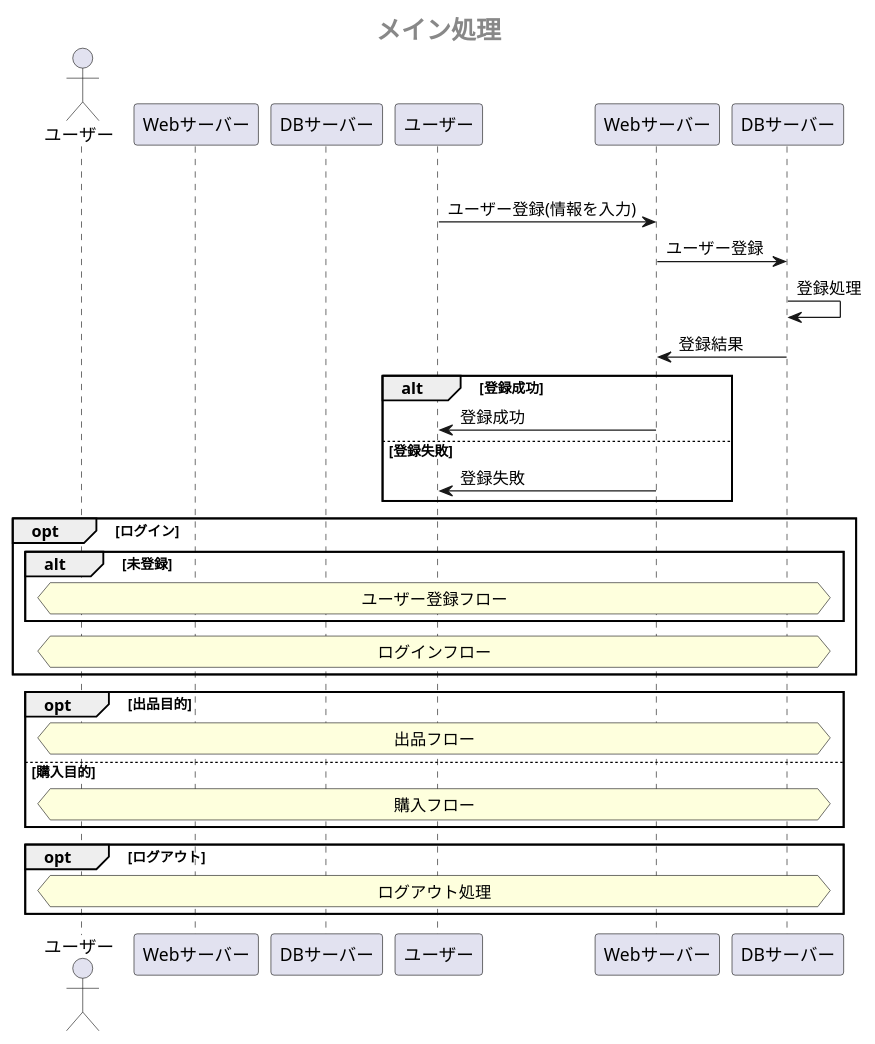
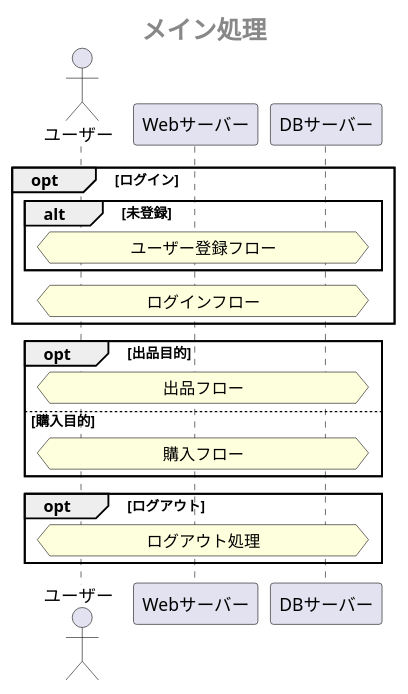
The first of 7 diagrams in 設計書/02_業務フロー/2021-12-22BusinessFlow.md (Aso2001385/NAISA), drawn with PlantUML before and after one commit.

````diff
--- a/設計書/02_業務フロー/2021-12-22BusinessFlow.md
+++ b/設計書/02_業務フロー/2021-12-22BusinessFlow.md
@@ -1,37 +1,25 @@
 ```uml 
 @startuml 
  center header <size:20><b>メイン処理</b></size>
  actor ユーザー as user
  participant Webサーバー as web
  participant DBサーバー as db
- 
- opt 未登録
- ユーザー -> Webサーバー : ユーザー登録(情報を入力)
- Webサーバー -> DBサーバー : ユーザー登録
- DBサーバー -> DBサーバー : 登録処理
- DBサーバー -> Webサーバー : 登録結果
-
- alt 登録成功
- Webサーバー -> ユーザー : 登録成功
- else 登録失敗
- Webサーバー -> ユーザー : 登録失敗
-end
 
  opt ログイン
   alt 未登録
   hnote across: ユーザー登録フロー
   end
   hnote across: ログインフロー
  end
  
  opt 出品目的
    hnote across: 出品フロー
  else 購入目的
    hnote across: 購入フロー
  end
  
  opt ログアウト
   hnote across: ログアウト処理
  end
 @enduml
 ```
````
